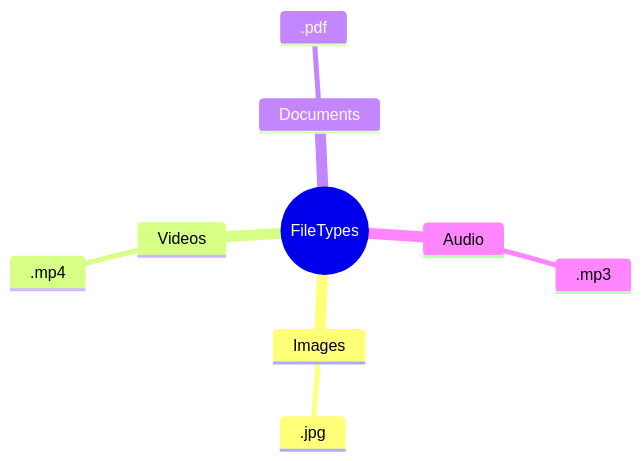
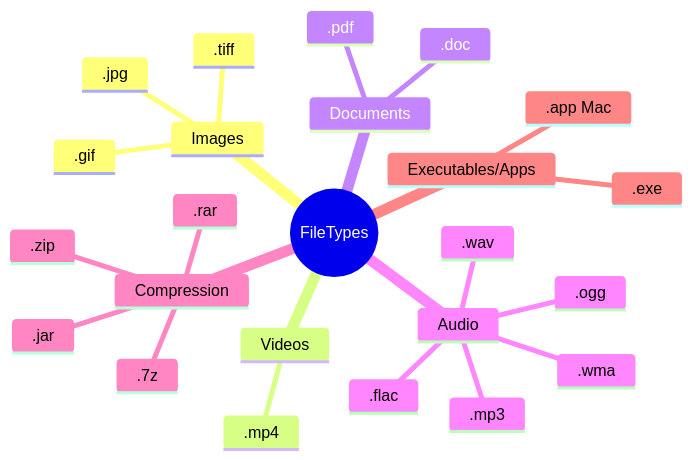
Before and after one commit to mrmatho/7dt-slides: the diagram in pages/file-systems.md, drawn with Mermaid. The commit also changed 13 other files, not shown here.

````diff
--- a/pages/file-systems.md
+++ b/pages/file-systems.md
@@ -64,12 +64,27 @@
 ```mermaid
 mindmap
   root((FileTypes))
     Images
       .jpg
+      .gif
+      .tiff
     Videos
       .mp4
     Documents
       .pdf
+      .doc
     Audio
       .mp3
+      .wav
+      .ogg
+      .flac
+      .wma
+    Compression
+      .zip
+      .rar
+      .jar
+      .7z
+    Executables/Apps
+      .exe
+      .app Mac
 ```
````
